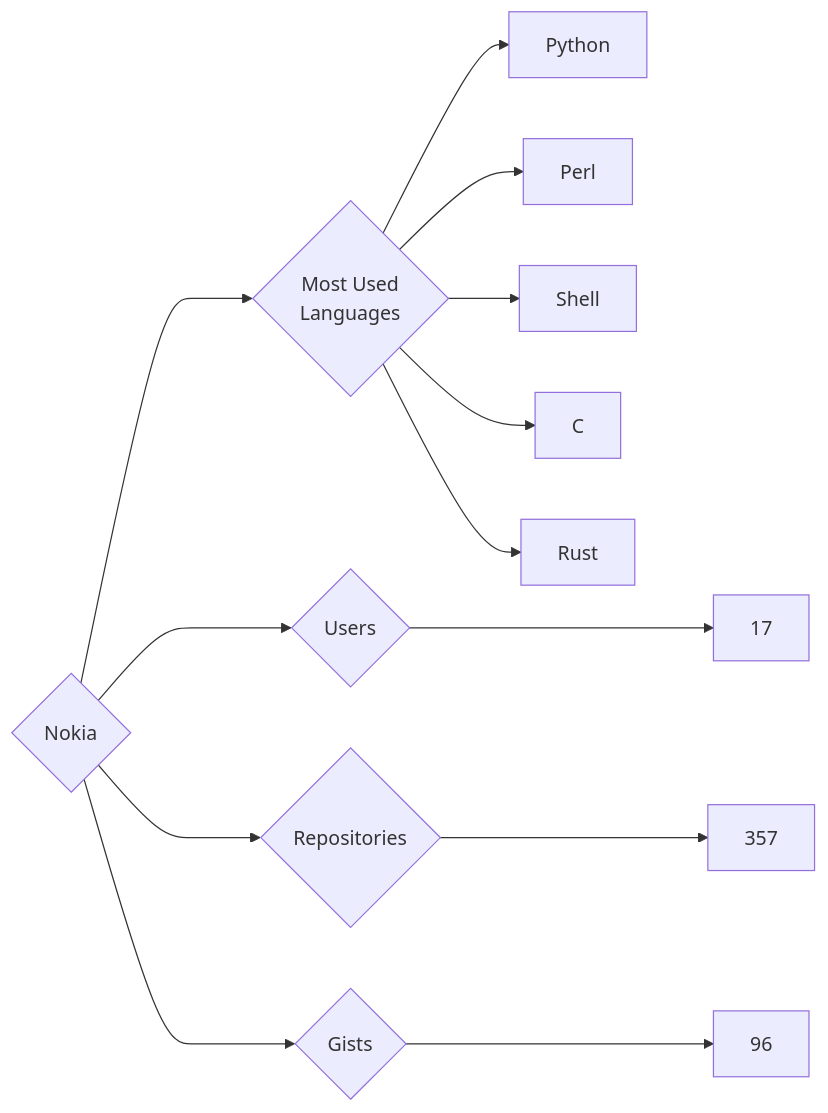
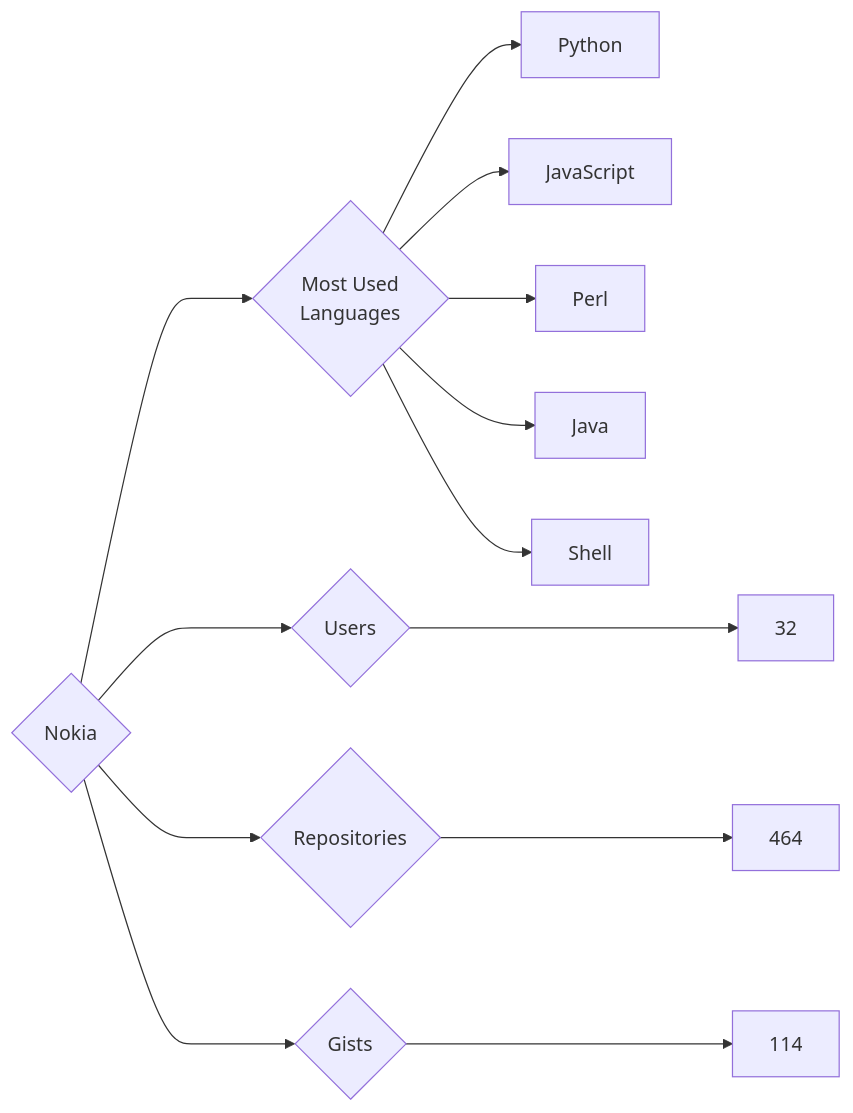
The diagram in targets/Nokia/README.md (trickest/insiders), drawn with Mermaid before and after one commit. The commit also changed 534 other files, not shown here.

````diff
--- a/targets/Nokia/README.md
+++ b/targets/Nokia/README.md
@@ -3,13 +3,13 @@
 ```mermaid
 graph LR
 COMPANY_NAME{Nokia}
-COMPANY_NAME ---> U{Users} ---> UN[17]
-COMPANY_NAME ---> R{Repositories} ---> RN[357]
-COMPANY_NAME ---> G{Gists} ---> GN[96]
+COMPANY_NAME ---> U{Users} ---> UN[32]
+COMPANY_NAME ---> R{Repositories} ---> RN[464]
+COMPANY_NAME ---> G{Gists} ---> GN[114]
 COMPANY_NAME ---> ML{Most Used<br>Languages}
 ML --> Python[Python]
+ML --> JavaScript[JavaScript]
 ML --> Perl[Perl]
+ML --> Java[Java]
 ML --> Shell[Shell]
-ML --> C[C]
-ML --> Rust[Rust]
 ```
````
